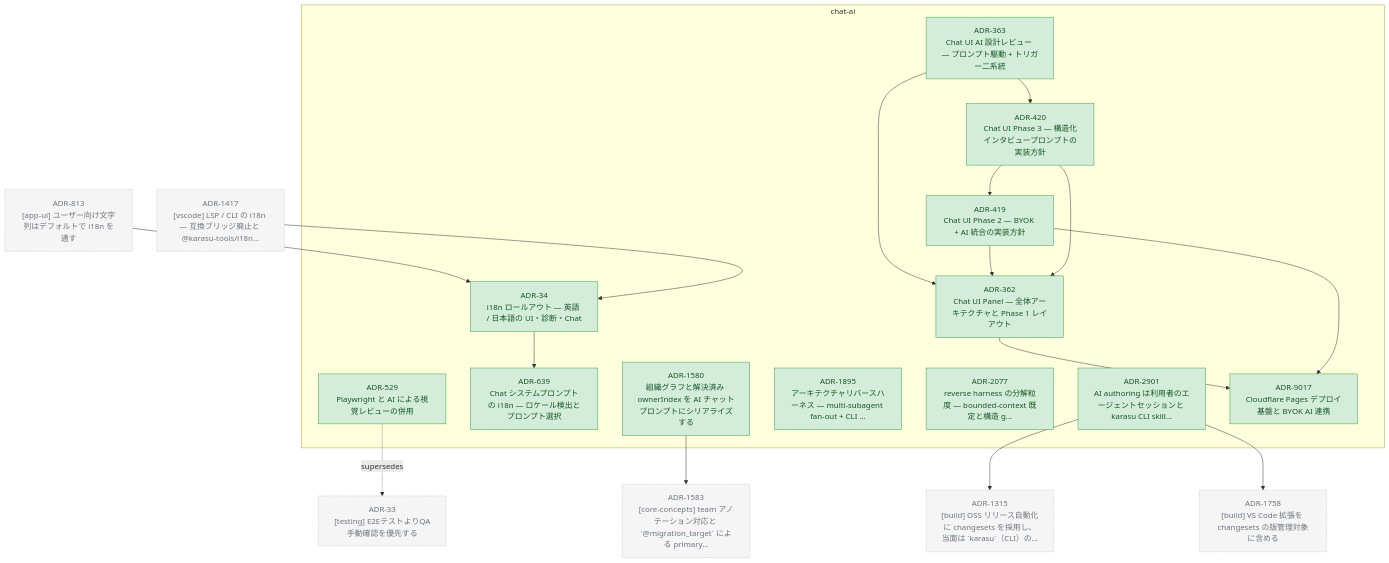
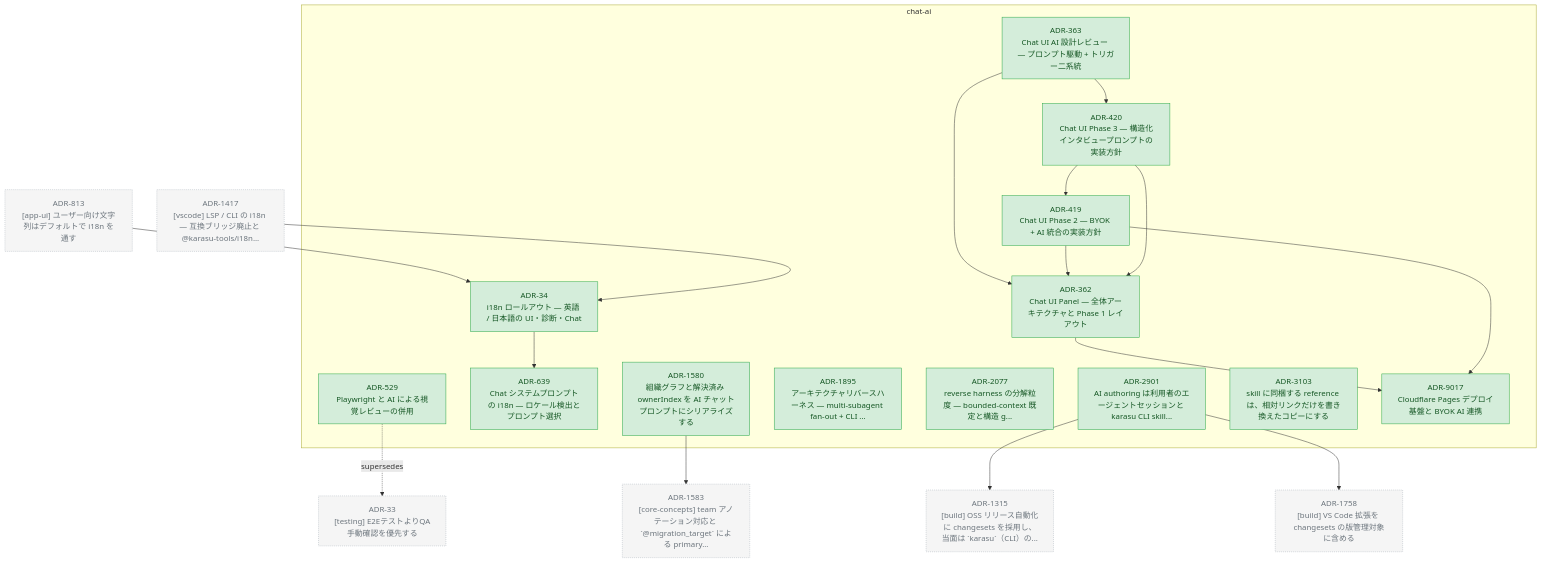
The diagram in docs/adr/graph/chat-ai.md (kompiro/karasu), drawn with Mermaid before and after one commit. The commit also changed 3 other files, not shown here.

First line of the commit message:
docs(adr): record bundled reference link rewrite as ADR-3103

````diff
--- a/docs/adr/graph/chat-ai.md
+++ b/docs/adr/graph/chat-ai.md
@@ -6,62 +6,64 @@
 ```mermaid
 flowchart TD
   subgraph chat-ai["chat-ai"]
     ADR_34["ADR-34<br/>i18n ロールアウト — 英語 / 日本語の UI・診断・Chat"]
     ADR_362["ADR-362<br/>Chat UI Panel — 全体アーキテクチャと Phase 1 レイアウト"]
     ADR_363["ADR-363<br/>Chat UI AI 設計レビュー — プロンプト駆動 + トリガー二系統"]
     ADR_419["ADR-419<br/>Chat UI Phase 2 — BYOK + AI 統合の実装方針"]
     ADR_420["ADR-420<br/>Chat UI Phase 3 — 構造化インタビュープロンプトの実装方針"]
     ADR_529["ADR-529<br/>Playwright と AI による視覚レビューの併用"]
     ADR_639["ADR-639<br/>Chat システムプロンプトの i18n — ロケール検出とプロンプト選択"]
     ADR_1580["ADR-1580<br/>組織グラフと解決済み ownerIndex を AI チャットプロンプトにシリアライズする"]
     ADR_1895["ADR-1895<br/>アーキテクチャリバースハーネス — multi-subagent fan-out + CLI ..."]
     ADR_2077["ADR-2077<br/>reverse harness の分解粒度 — bounded-context 既定と構造 g..."]
     ADR_2901["ADR-2901<br/>AI authoring は利用者のエージェントセッションと karasu CLI skill..."]
+    ADR_3103["ADR-3103<br/>skill に同梱する reference は、相対リンクだけを書き換えたコピーにする"]
     ADR_9017["ADR-9017<br/>Cloudflare Pages デプロイ基盤と BYOK AI 連携"]
   end
   ADR_33["ADR-33<br/>[testing] E2EテストよりQA手動確認を優先する"]
   ADR_813["ADR-813<br/>[app-ui] ユーザー向け文字列はデフォルトで i18n を通す"]
   ADR_1315["ADR-1315<br/>[build] OSS リリース自動化に changesets を採用し、当面は `karasu`（CLI）の..."]
   ADR_1417["ADR-1417<br/>[vscode] LSP / CLI の i18n — 互換ブリッジ廃止と @karasu-tools/i18n..."]
   ADR_1583["ADR-1583<br/>[core-concepts] team アノテーション対応と `@migration_target` による primary..."]
   ADR_1758["ADR-1758<br/>[build] VS Code 拡張を changesets の版管理対象に含める"]
   ADR_34 --> ADR_639
   ADR_362 --> ADR_9017
   ADR_363 --> ADR_362
   ADR_363 --> ADR_420
   ADR_419 --> ADR_362
   ADR_419 --> ADR_9017
   ADR_420 --> ADR_419
   ADR_420 --> ADR_362
   ADR_1580 --> ADR_1583
   ADR_2901 --> ADR_1315
   ADR_2901 --> ADR_1758
   ADR_813 --> ADR_34
   ADR_1417 --> ADR_34
   ADR_529 -.supersedes.-> ADR_33
 
   classDef accepted fill:#d4edda,stroke:#28a745,color:#155724
   classDef proposed fill:#fff3cd,stroke:#ffc107,color:#856404
   classDef deprecated fill:#f8d7da,stroke:#dc3545,color:#721c24
   classDef superseded fill:#e2e3e5,stroke:#6c757d,color:#383d41
   classDef not_adopted fill:#e2e3e5,stroke:#6c757d,color:#383d41,stroke-dasharray:3 3
   classDef ghost fill:#f5f5f5,stroke:#adb5bd,color:#6c757d,stroke-dasharray:2 2
   class ADR_34 accepted
   class ADR_362 accepted
   class ADR_363 accepted
   class ADR_419 accepted
   class ADR_420 accepted
   class ADR_529 accepted
   class ADR_639 accepted
   class ADR_1580 accepted
   class ADR_1895 accepted
   class ADR_2077 accepted
   class ADR_2901 accepted
+  class ADR_3103 accepted
   class ADR_9017 accepted
   class ADR_33 ghost
   class ADR_813 ghost
   class ADR_1315 ghost
   class ADR_1417 ghost
   class ADR_1583 ghost
   class ADR_1758 ghost
 ```
````
